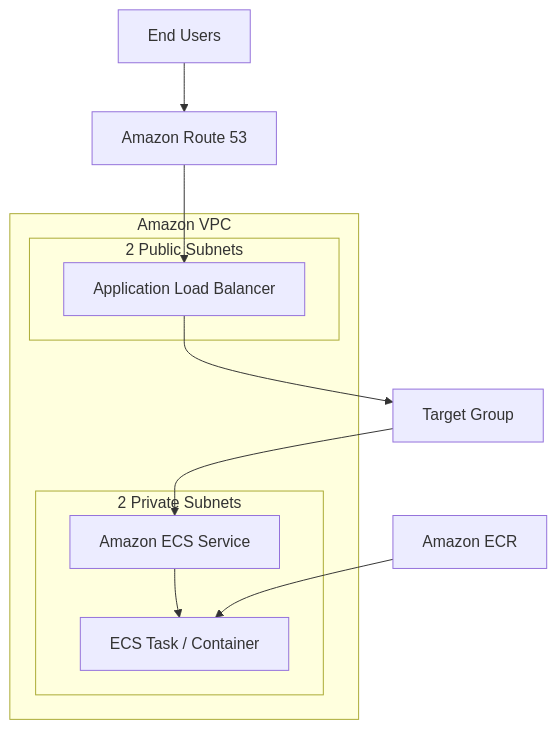
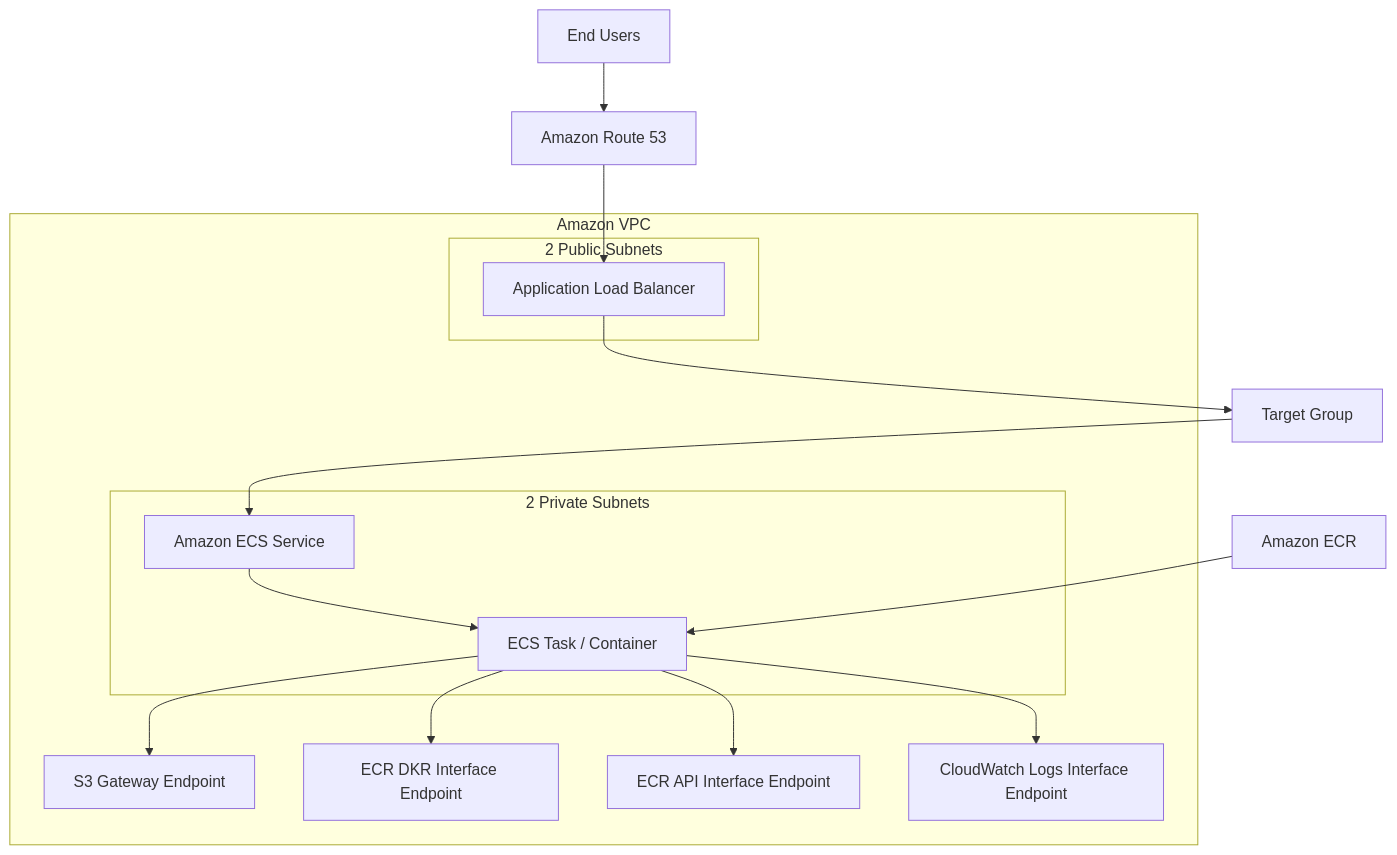
One commit to BIKKINENISAIVARSHITH/Portfolio-Application-Deployment-on-AWS-ECS changed the diagram in README.md. Above: the diagram before and after it, drawn with Mermaid. The commit also changed other lines of this file, not shown here.

````diff
--- a/README.md
+++ b/README.md
@@ -13,19 +15,24 @@
 ```mermaid
 flowchart TD
     A[End Users] --> B[Amazon Route 53]
     B --> C[Application Load Balancer]
     C --> D[Target Group]
     D --> E[Amazon ECS Service]
     E --> F[ECS Task / Container]
     G[Amazon ECR] --> F
 
     subgraph VPC[Amazon VPC]
        subgraph Public[2 Public Subnets]
           C
        end
        subgraph Private[2 Private Subnets]
           E
           F
        end
+
+       F --> H[S3 Gateway Endpoint]
+       F --> I[ECR DKR Interface Endpoint]
+       F --> J[ECR API Interface Endpoint]
+       F --> K[CloudWatch Logs Interface Endpoint]
     end
 ```
````
